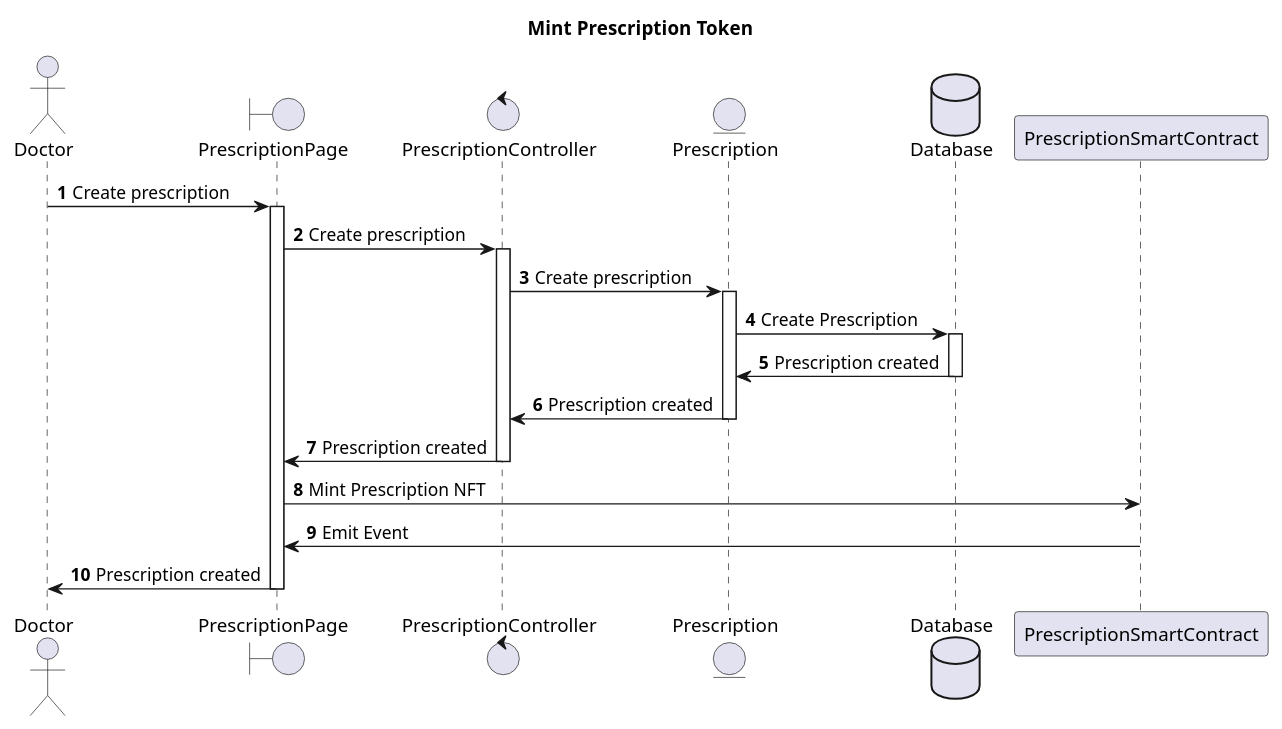
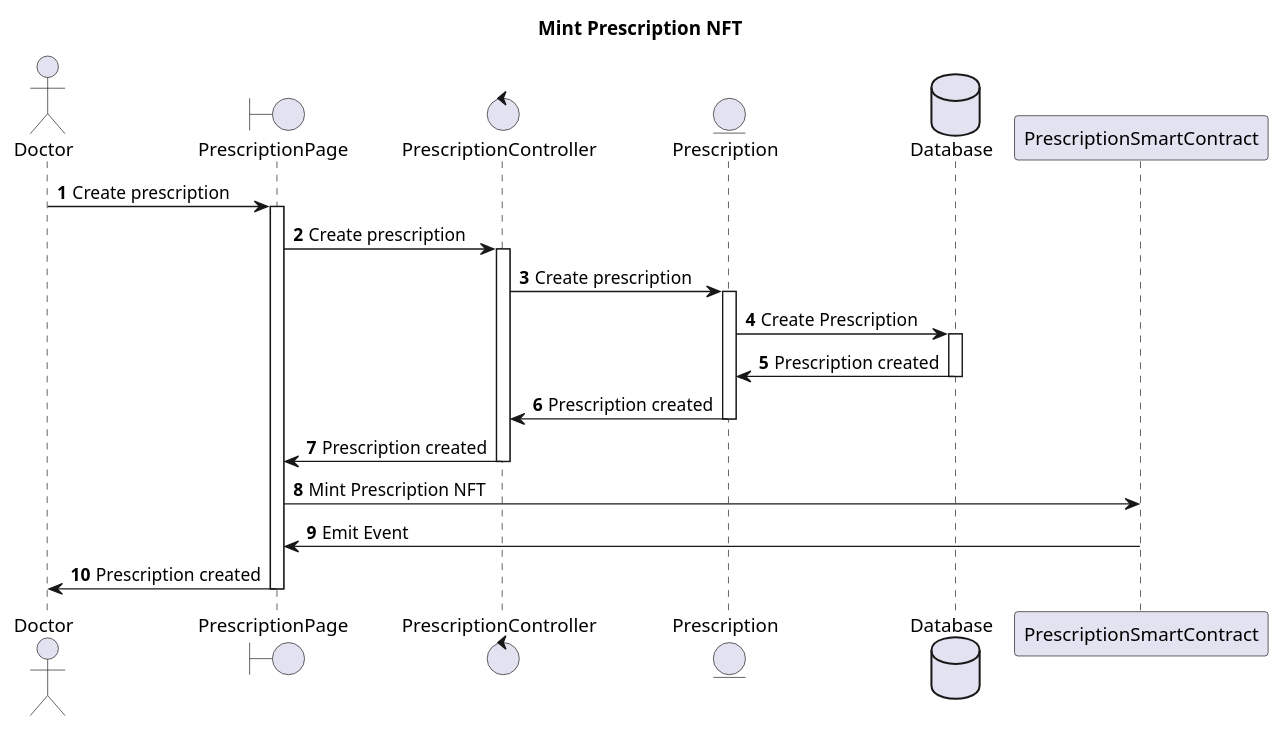
Before and after one commit to CUPChain/webapp: the diagram in uml/MintPrescription.plantuml, drawn with PlantUML. The commit also changed 6 other files, not shown here.

Commit message:
more uml

```diff
--- a/uml/MintPrescription.plantuml
+++ b/uml/MintPrescription.plantuml
@@ -1,22 +1,22 @@
 @startuml
-title Mint Prescription Token
+title Mint Prescription NFT
 autonumber
 actor       Doctor       as Doctor
 boundary    PrescriptionPage    as PrescriptionPage
 control     PrescriptionController     as PrescriptionController
 entity      Prescription      as Prescription
 database    Database    as Database
 Doctor -> PrescriptionPage ++ : Create prescription
 PrescriptionPage -> PrescriptionController ++ : Create prescription 
 PrescriptionController -> Prescription ++ : Create prescription
 Prescription -> Database ++ : Create Prescription
 Database -> Prescription -- : Prescription created
 Prescription -> PrescriptionController -- : Prescription created
 PrescriptionController -> PrescriptionPage -- : Prescription created
 
 
 participant PrescriptionSmartContract as PrescriptionSmartContract
 PrescriptionPage -> PrescriptionSmartContract : Mint Prescription NFT
 PrescriptionSmartContract -> PrescriptionPage : Emit Event
 PrescriptionPage -> Doctor -- : Prescription created
 @enduml
```
